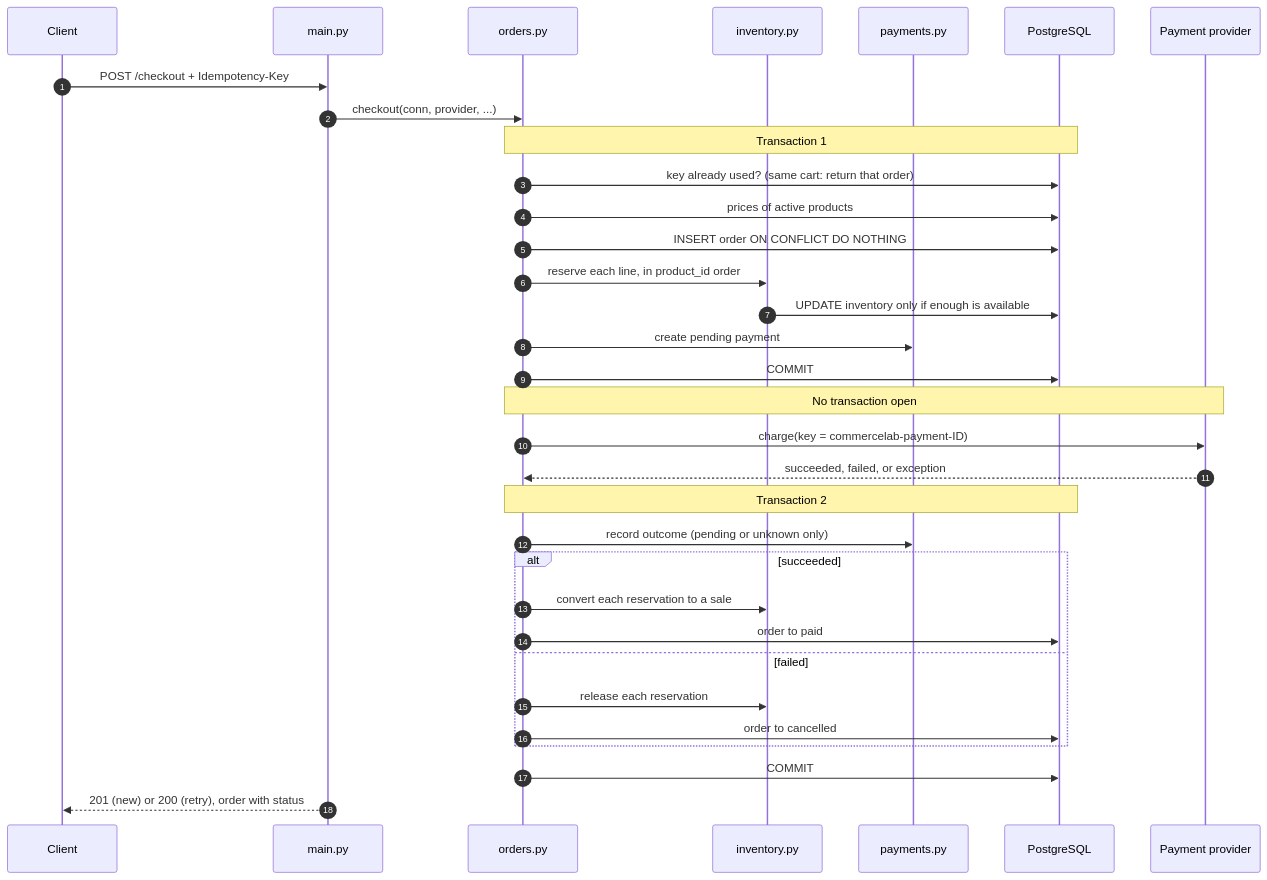
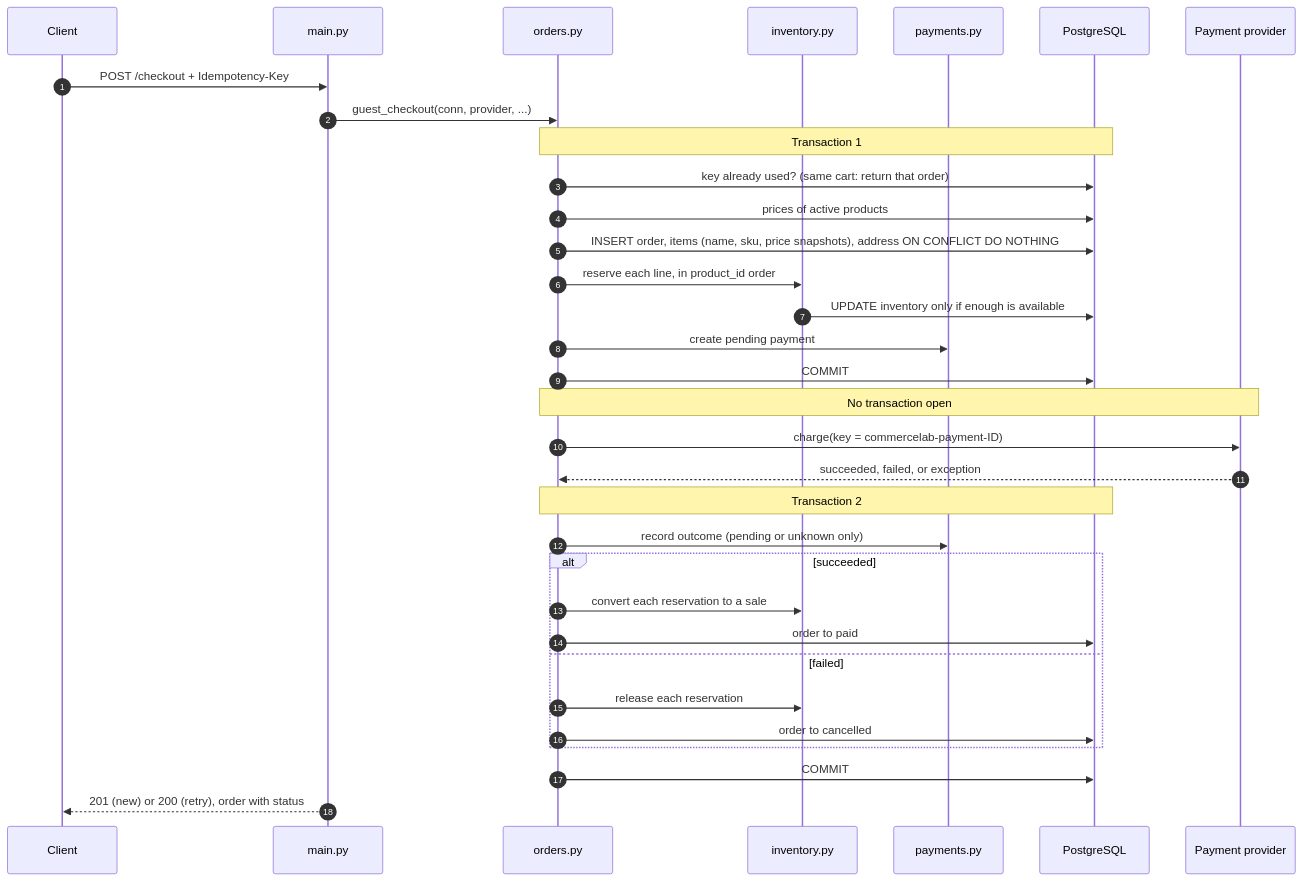
Before and after one commit to 0xEl1yahu/commercelab: the third of 3 diagrams in docs/architecture.md, drawn with Mermaid. The commit also changed other lines of this file and 2 other files, not shown here.

Commit message:
docs: storefront backend and frontend in architecture, README and AGENTS

````diff
--- a/docs/architecture.md
+++ b/docs/architecture.md
@@ -277,36 +360,36 @@
 ```mermaid
 sequenceDiagram
     autonumber
     participant C as Client
     participant API as main.py
     participant O as orders.py
     participant I as inventory.py
     participant P as payments.py
     participant DB as PostgreSQL
     participant PR as Payment provider
 
     C->>API: POST /checkout + Idempotency-Key
-    API->>O: checkout(conn, provider, ...)
+    API->>O: guest_checkout(conn, provider, ...)
     Note over O,DB: Transaction 1
     O->>DB: key already used? (same cart: return that order)
     O->>DB: prices of active products
-    O->>DB: INSERT order ON CONFLICT DO NOTHING
+    O->>DB: INSERT order, items (name, sku, price snapshots), address ON CONFLICT DO NOTHING
     O->>I: reserve each line, in product_id order
     I->>DB: UPDATE inventory only if enough is available
     O->>P: create pending payment
     O->>DB: COMMIT
     Note over O,PR: No transaction open
     O->>PR: charge(key = commercelab-payment-ID)
     PR-->>O: succeeded, failed, or exception
     Note over O,DB: Transaction 2
     O->>P: record outcome (pending or unknown only)
     alt succeeded
         O->>I: convert each reservation to a sale
         O->>DB: order to paid
     else failed
         O->>I: release each reservation
         O->>DB: order to cancelled
     end
     O->>DB: COMMIT
     API-->>C: 201 (new) or 200 (retry), order with status
 ```
````
